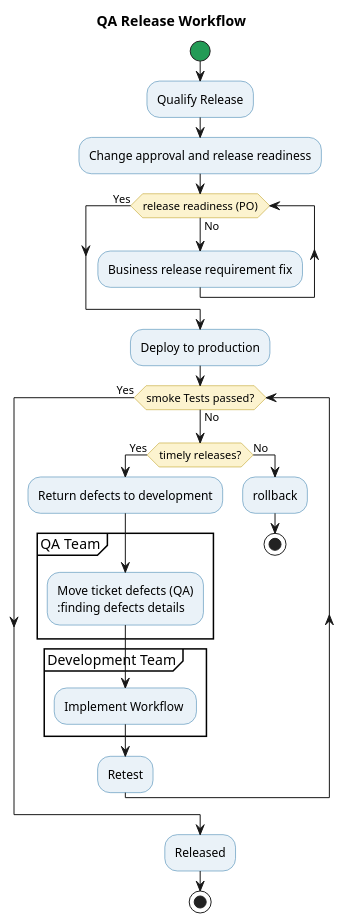
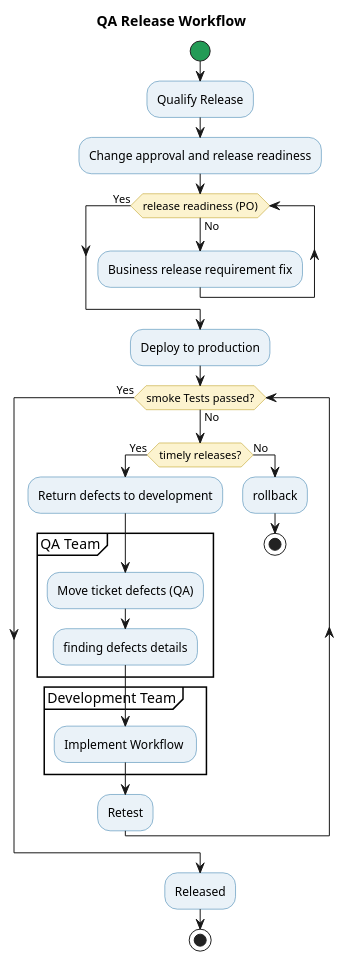
Before and after one commit to sovannotychea/ori-test: the diagram in docs/qatest-003.puml, drawn with PlantUML.

```diff
--- a/docs/qatest-003.puml
+++ b/docs/qatest-003.puml
@@ -1,39 +1,39 @@
 @startuml
 title QA Release Workflow
 
 skinparam backgroundColor white
 skinparam shadowing false
 skinparam activity {
   BackgroundColor #EAF2F8
   BorderColor #2874A6
   DiamondBackgroundColor #FCF3CF
   DiamondBorderColor #B7950B
   StartColor #239B56
   EndColor #C0392B
 }
 start
 :Qualify Release;
 :Change approval and release readiness;
 while (release readiness (PO)) is (No)
     :Business release requirement fix;
 endwhile (Yes)
 :Deploy to production;
 while (smoke Tests passed?) is (No)
 if (timely releases?) then (Yes)
   :Return defects to development;
     partition "QA Team" {
-               :Move ticket defects (QA)
+               :Move ticket defects (QA);
                :finding defects details;
     }
     partition "Development Team" {
            :Implement Workflow ;
     }
   :Retest;
 else (No)
   :rollback;
   stop
 endif
 endwhile (Yes)
 :Released;
 stop
 @enduml
```
